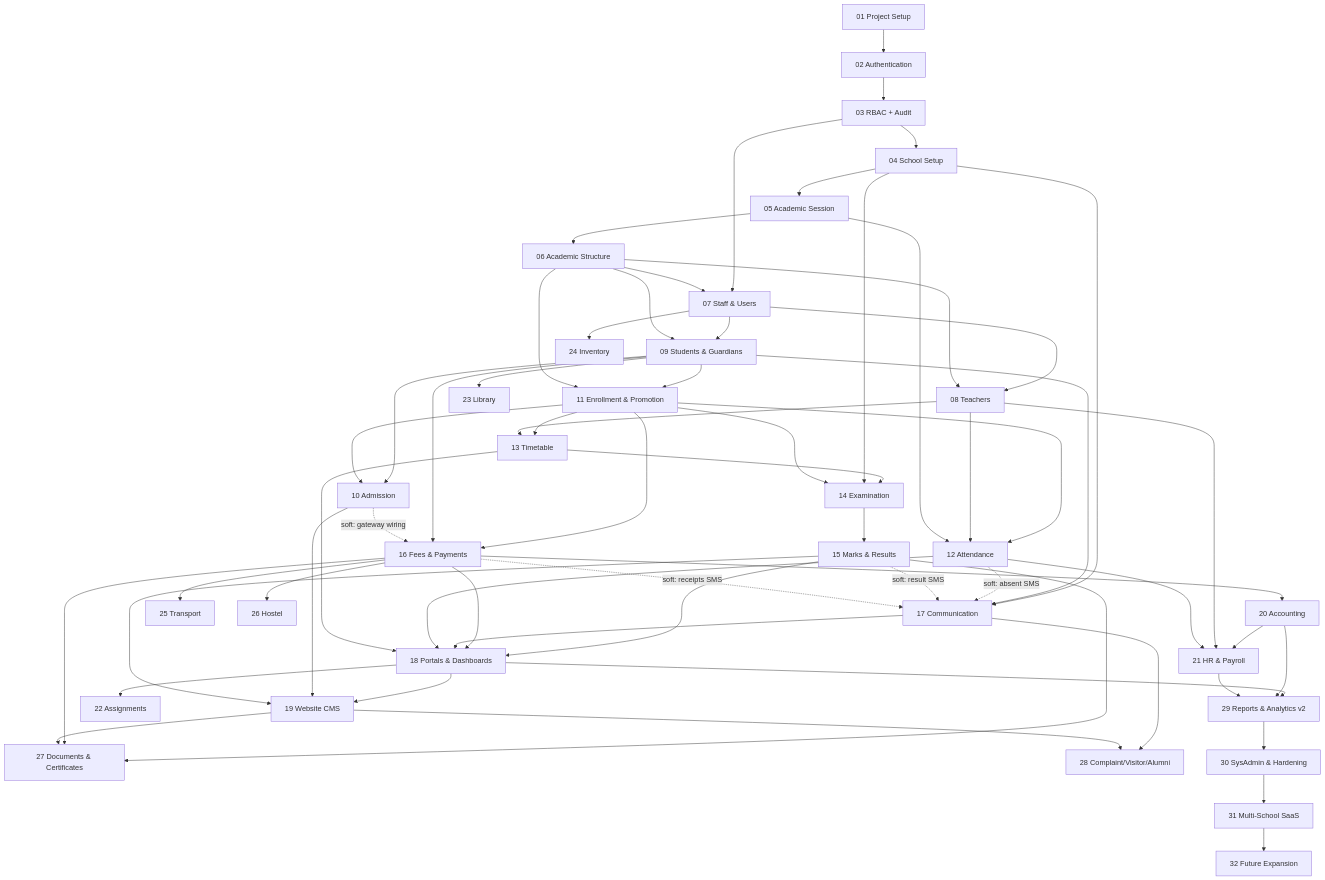
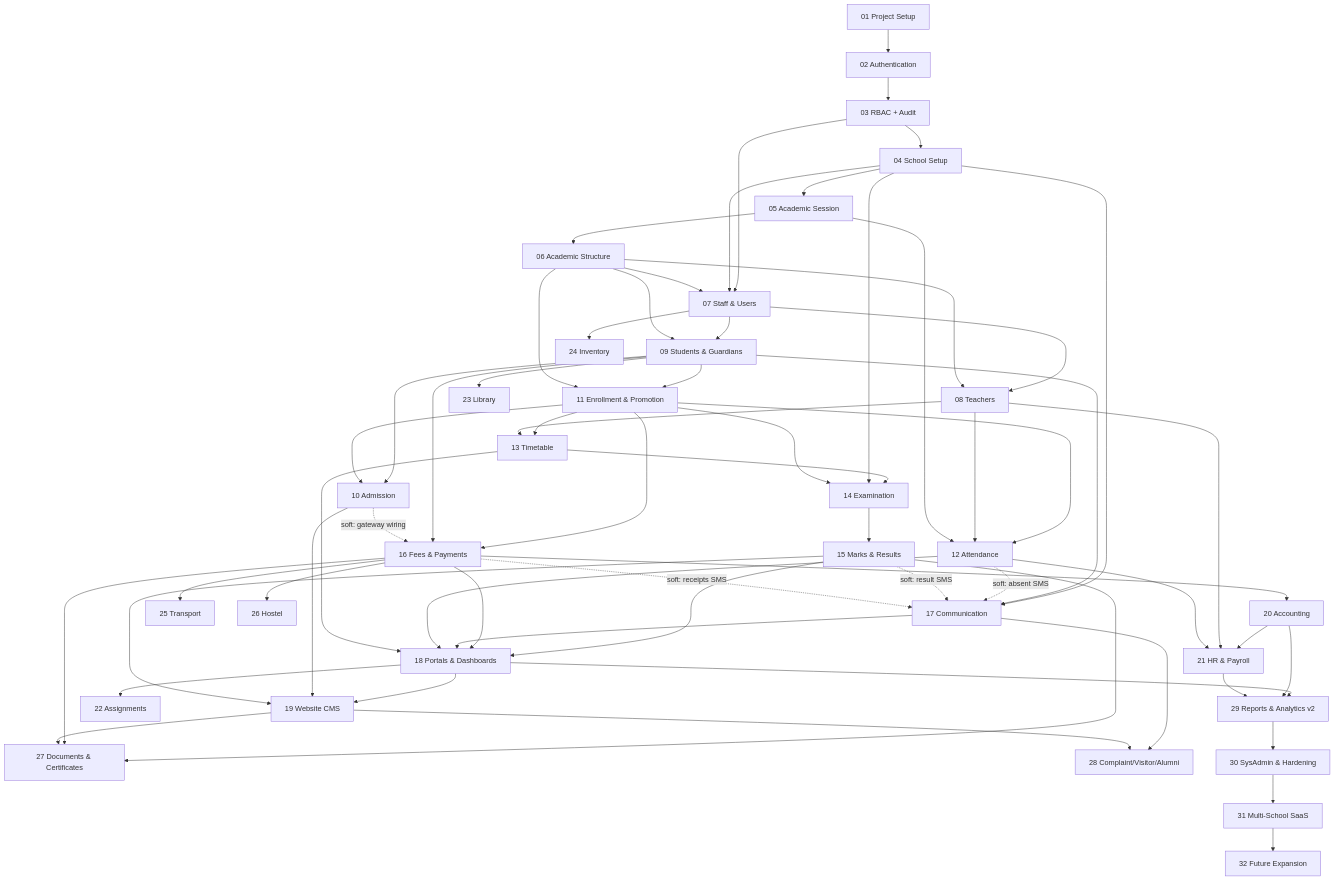
Before and after one commit to returnhexofficial-cmd/HexSchool: the diagram in MODULE_DEPENDENCIES.md, drawn with Mermaid. The commit also changed other lines of this file and 49 other files, not shown here.

````diff
--- a/MODULE_DEPENDENCIES.md
+++ b/MODULE_DEPENDENCIES.md
@@ -8,63 +8,64 @@
 ```mermaid
 graph TD
     M01[01 Project Setup] --> M02[02 Authentication]
     M02 --> M03[03 RBAC + Audit]
     M03 --> M04[04 School Setup]
     M04 --> M05[05 Academic Session]
     M05 --> M06[06 Academic Structure]
     M03 --> M07[07 Staff & Users]
+    M04 --> M07
     M06 --> M07
     M07 --> M08[08 Teachers]
     M06 --> M08
     M07 --> M09[09 Students & Guardians]
     M06 --> M09
     M09 --> M10[10 Admission]
     M09 --> M11[11 Enrollment & Promotion]
     M06 --> M11
     M11 --> M10
     M11 --> M12[12 Attendance]
     M08 --> M12
     M05 --> M12
     M11 --> M13[13 Timetable]
     M08 --> M13
     M13 --> M14[14 Examination]
     M04 --> M14
     M11 --> M14
     M14 --> M15[15 Marks & Results]
     M11 --> M16[16 Fees & Payments]
     M09 --> M16
     M04 --> M17[17 Communication]
     M09 --> M17
     M12 -. soft: absent SMS .-> M17
     M15 -. soft: result SMS .-> M17
     M16 -. soft: receipts SMS .-> M17
     M10 -. soft: gateway wiring .-> M16
     M15 --> M18[18 Portals & Dashboards]
     M16 --> M18
     M17 --> M18
     M12 --> M18
     M13 --> M18
     M18 --> M19[19 Website CMS]
     M10 --> M19
     M15 --> M19
     M16 --> M20[20 Accounting]
     M20 --> M21[21 HR & Payroll]
     M08 --> M21
     M12 --> M21
     M18 --> M22[22 Assignments]
     M09 --> M23[23 Library]
     M07 --> M24[24 Inventory]
     M16 --> M25[25 Transport]
     M16 --> M26[26 Hostel]
     M15 --> M27[27 Documents & Certificates]
     M16 --> M27
     M19 --> M27
     M17 --> M28[28 Complaint/Visitor/Alumni]
     M19 --> M28
     M18 --> M29[29 Reports & Analytics v2]
     M20 --> M29
     M21 --> M29
     M29 --> M30[30 SysAdmin & Hardening]
     M30 --> M31[31 Multi-School SaaS]
     M31 --> M32[32 Future Expansion]
 ```
````
